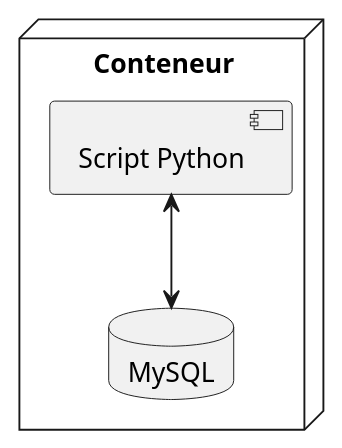
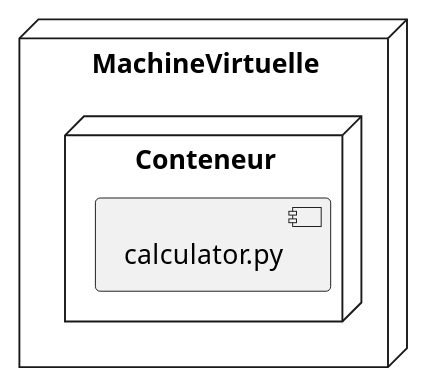
The diagram in docs/deployment.puml (theobrogrammer/log430-a25-labo0), drawn with PlantUML before and after one commit. The commit also changed 10 other files, not shown here.

```diff
--- a/docs/deployment.puml
+++ b/docs/deployment.puml
@@ -1,7 +1,7 @@
 @startuml
-  node Conteneur {
-    component "Script Python" 
-    database "MySQL"
-    "Script Python" <--> "MySQL"
+  node MachineVirtuelle {
+      node Conteneur {
+        component "calculator.py" 
+      }
   }
 @enduml
```
